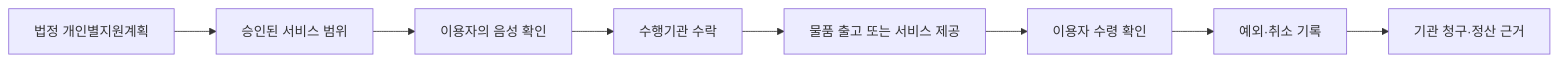
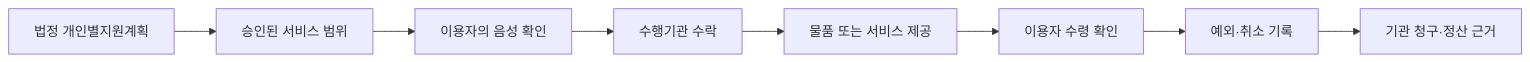
The diagram in POLICY_BASIS.md (sergiobuilds/malgyeol), drawn with Mermaid before and after one commit. The commit also changed other lines of this file and 41 other files, not shown here.

````diff
--- a/POLICY_BASIS.md
+++ b/POLICY_BASIS.md
@@ -96,10 +237,10 @@
 ```mermaid
 flowchart LR
     A[법정 개인별지원계획] --> B[승인된 서비스 범위]
     B --> C[이용자의 음성 확인]
     C --> D[수행기관 수락]
-    D --> E[물품 출고 또는 서비스 제공]
+    D --> E[물품 또는 서비스 제공]
     E --> F[이용자 수령 확인]
     F --> G[예외·취소 기록]
     G --> H[기관 청구·정산 근거]
 ```
````
